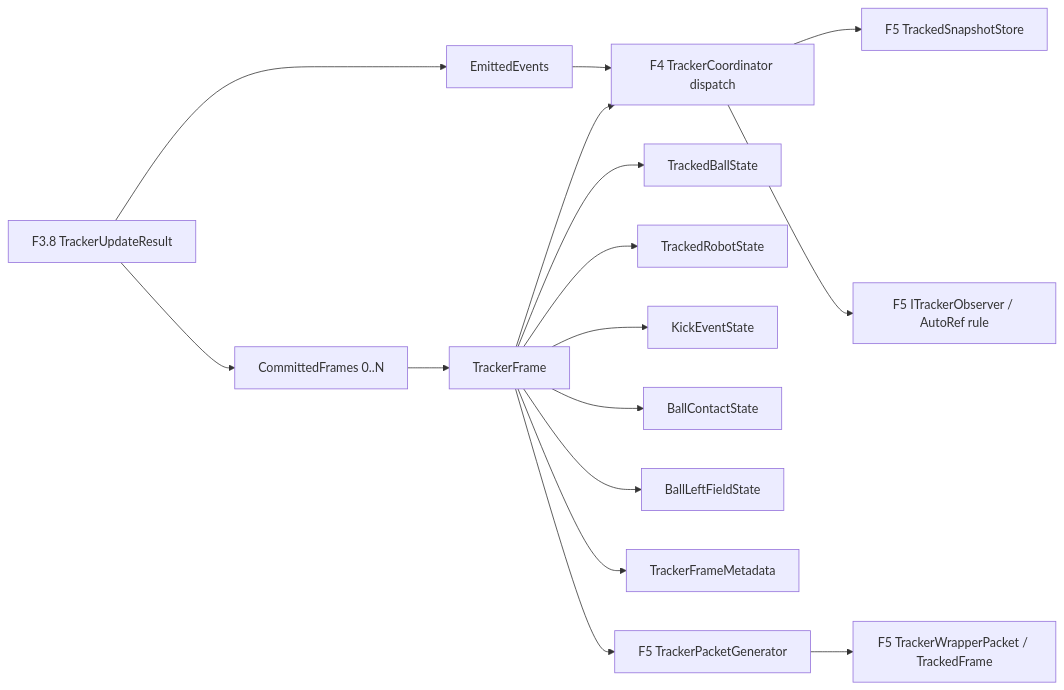
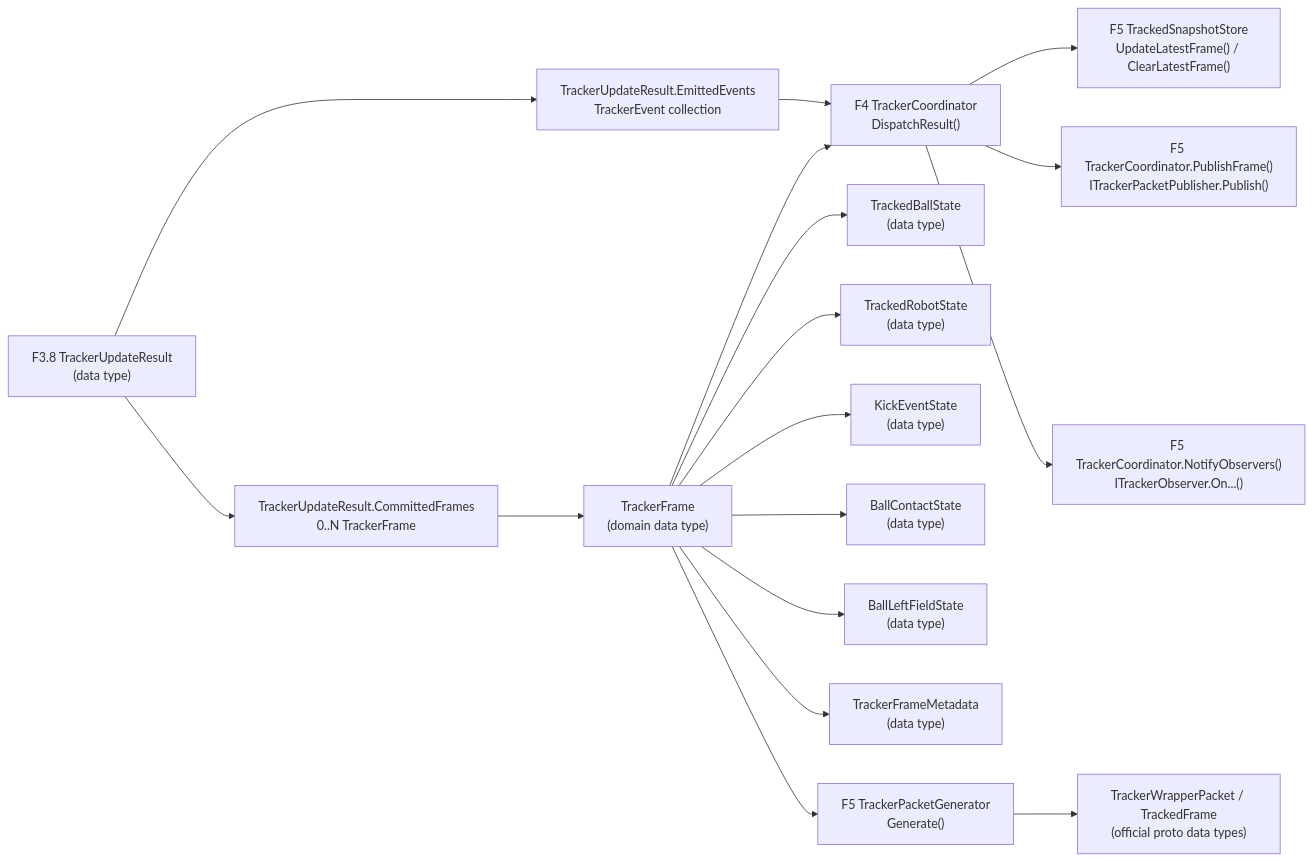
One commit to ibis-ssl/Duck changed the seventh of 11 diagrams in Tracker/Design/Core/tracker-architecture-plan.md. Above: the diagram before and after it, drawn with Mermaid. The commit also changed other lines of this file, not shown here.

Commit message:
docs(tracker): フロー図を実装クラスとメソッドへ対応付ける

````diff
--- a/Tracker/Design/Core/tracker-architecture-plan.md
+++ b/Tracker/Design/Core/tracker-architecture-plan.md
@@ -291,23 +303,24 @@
 ```mermaid
 flowchart LR
-    Result["F3.8 TrackerUpdateResult"]
-    Frames["CommittedFrames 0..N"]
-    Events["EmittedEvents"]
-    Frame["TrackerFrame"]
-    Dispatch["F4 TrackerCoordinator dispatch"]
+    Result["F3.8 TrackerUpdateResult<br/>(data type)"]
+    Frames["TrackerUpdateResult.CommittedFrames<br/>0..N TrackerFrame"]
+    Events["TrackerUpdateResult.EmittedEvents<br/>TrackerEvent collection"]
+    Frame["TrackerFrame<br/>(domain data type)"]
+    Dispatch["F4 TrackerCoordinator<br/>DispatchResult()"]
 
     Result --> Frames --> Frame --> Dispatch
     Result --> Events --> Dispatch
 
-    Frame --> Ball["TrackedBallState"]
-    Frame --> Robot["TrackedRobotState"]
-    Frame --> Kick["KickEventState"]
-    Frame --> Contact["BallContactState"]
-    Frame --> Left["BallLeftFieldState"]
-    Frame --> Metadata["TrackerFrameMetadata"]
+    Frame --> Ball["TrackedBallState<br/>(data type)"]
+    Frame --> Robot["TrackedRobotState<br/>(data type)"]
+    Frame --> Kick["KickEventState<br/>(data type)"]
+    Frame --> Contact["BallContactState<br/>(data type)"]
+    Frame --> Left["BallLeftFieldState<br/>(data type)"]
+    Frame --> Metadata["TrackerFrameMetadata<br/>(data type)"]
 
-    Dispatch --> Store["F5 TrackedSnapshotStore"]
-    Frame --> Generator["F5 TrackerPacketGenerator"]
-    Generator --> Official["F5 TrackerWrapperPacket / TrackedFrame"]
-    Dispatch --> Observer["F5 ITrackerObserver / AutoRef rule"]
+    Dispatch --> Store["F5 TrackedSnapshotStore<br/>UpdateLatestFrame() / ClearLatestFrame()"]
+    Frame --> Generator["F5 TrackerPacketGenerator<br/>Generate()"]
+    Generator --> Official["TrackerWrapperPacket / TrackedFrame<br/>(official proto data types)"]
+    Dispatch --> Publisher["F5 TrackerCoordinator.PublishFrame()<br/>ITrackerPacketPublisher.Publish()"]
+    Dispatch --> Observer["F5 TrackerCoordinator.NotifyObservers()<br/>ITrackerObserver.On...()"]
 ```
````
